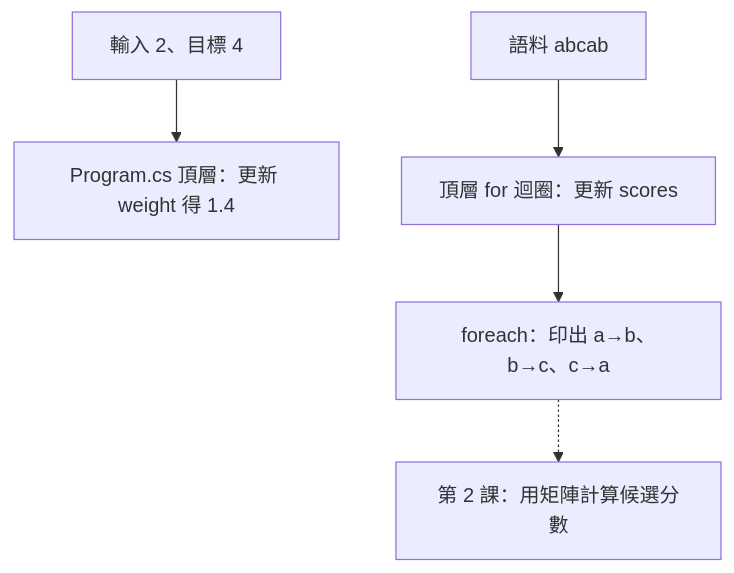
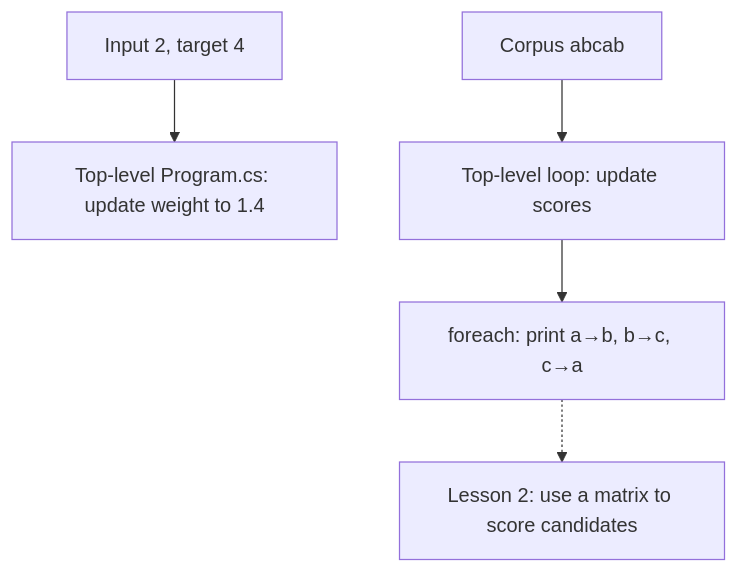
One commit to tingwei628/my-gpt changed the diagram in lessons/01-learning/README.md. Above: the diagram before and after it, drawn with Mermaid. The commit also changed other lines of this file and 12 other files, not shown here.

````diff
--- a/lessons/01-learning/README.md
+++ b/lessons/01-learning/README.md
@@ -5,7 +5,7 @@
 ```mermaid
 flowchart TD
-    A["輸入 2、目標 4"] --> B["Program.cs 頂層：更新 weight 得 1.4"]
-    C["語料 abcab"] --> D["頂層 for 迴圈：更新 scores"]
-    D --> E["foreach：印出 a→b、b→c、c→a"]
-    E -.-> F["第 2 課：用矩陣計算候選分數"]
+    A["Input 2, target 4"] --> B["Top-level Program.cs: update weight to 1.4"]
+    C["Corpus abcab"] --> D["Top-level loop: update scores"]
+    D --> E["foreach: print a→b, b→c, c→a"]
+    E -.-> F["Lesson 2: use a matrix to score candidates"]
 ```
````
